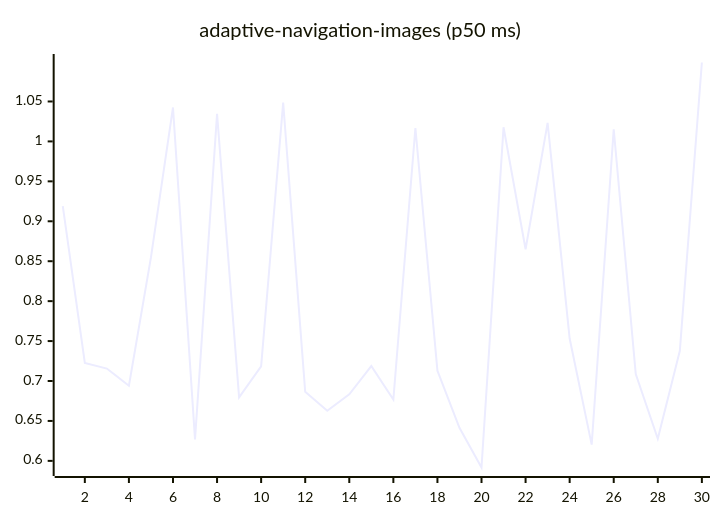
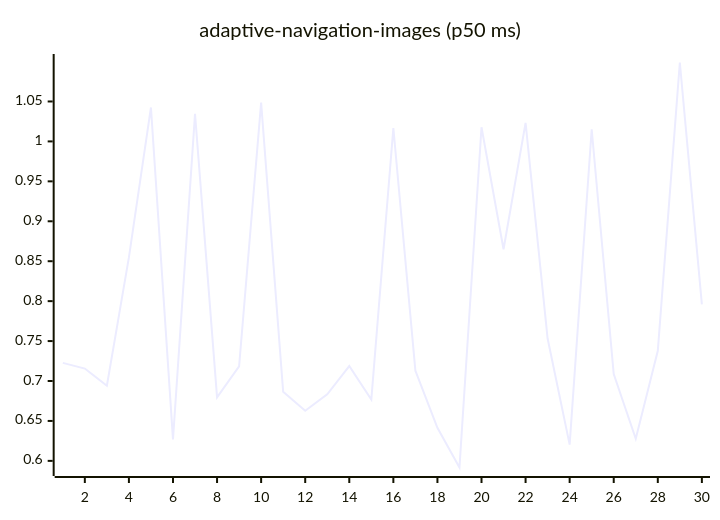
The first of 27 diagrams in README.md (josha/Facet), drawn with Mermaid before and after one commit. The commit also changed other lines of this file and 2 other files, not shown here.

````diff
--- a/README.md
+++ b/README.md
@@ -63,6 +63,6 @@
 ```mermaid
 xychart-beta
     title "adaptive-navigation-images (p50 ms)"
     x-axis 1 --> 30
-    line [0.9189, 0.7227, 0.7156, 0.6941, 0.8547, 1.0425, 0.6269, 1.0344, 0.6795, 0.7184, 1.0485, 0.6864, 0.6628, 0.6834, 0.7187, 0.6768, 1.0168, 0.7129, 0.6414, 0.5917, 1.0177, 0.8650, 1.0232, 0.7532, 0.6203, 1.0152, 0.7086, 0.6277, 0.7378, 1.0988]
+    line [0.7227, 0.7156, 0.6941, 0.8547, 1.0425, 0.6269, 1.0344, 0.6795, 0.7184, 1.0485, 0.6864, 0.6628, 0.6834, 0.7187, 0.6768, 1.0168, 0.7129, 0.6414, 0.5917, 1.0177, 0.8650, 1.0232, 0.7532, 0.6203, 1.0152, 0.7086, 0.6277, 0.7378, 1.0988, 0.7959]
 ```
````
